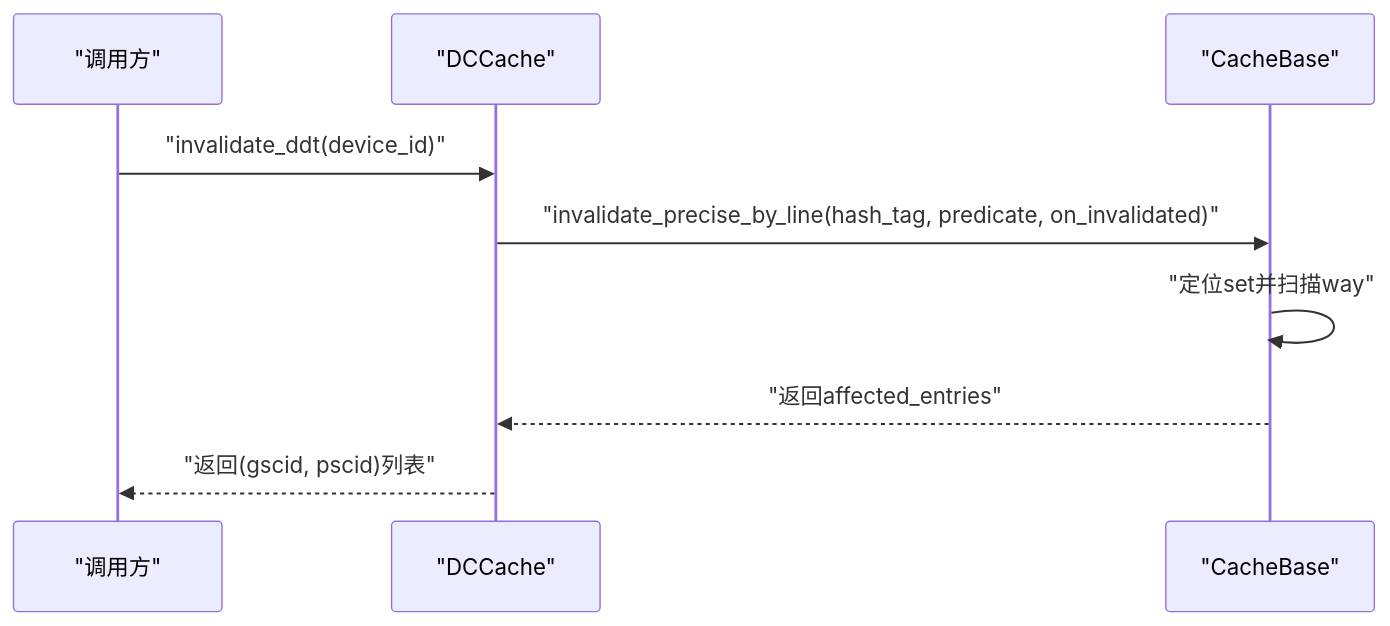
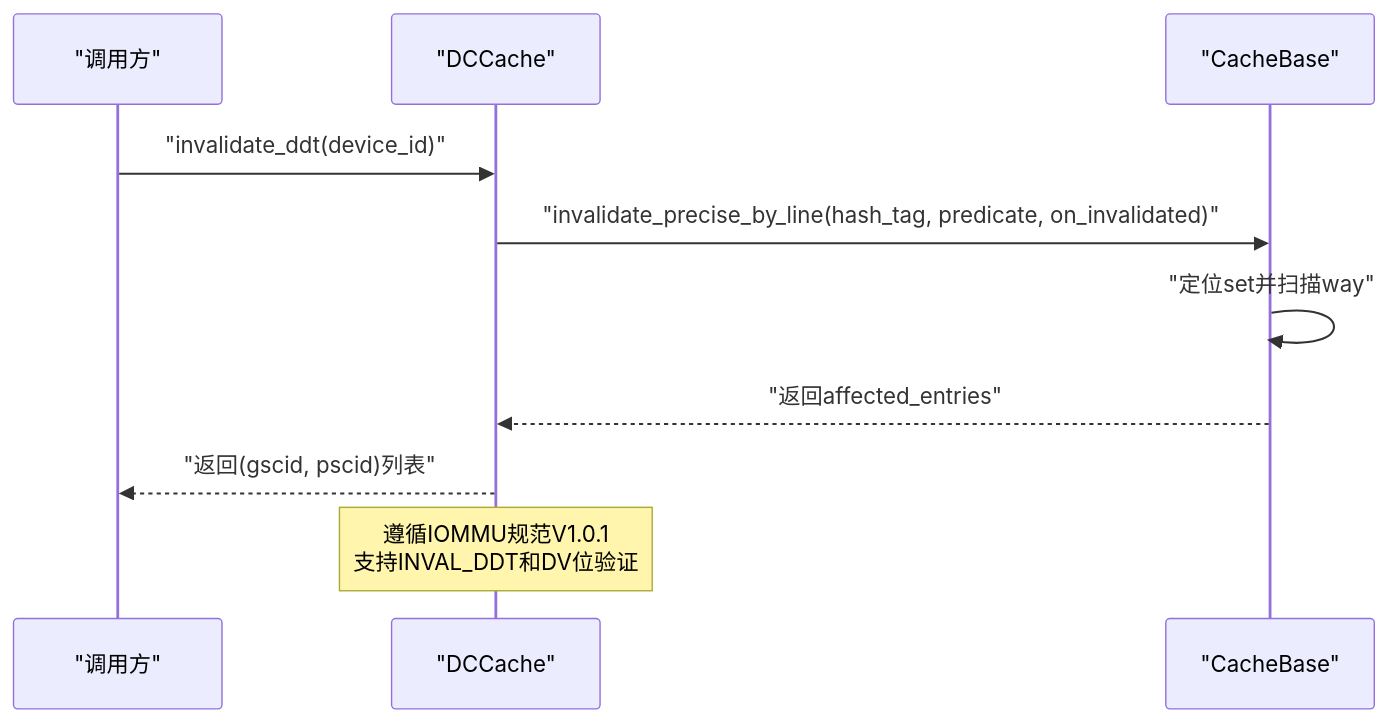
Before and after one commit to jiangjiang1122/iommu_model_20260401_v1: the sixth of 8 diagrams in .qoder/repowiki/zh/content/缓存系统/DC缓存（设备上下文缓存）.md, drawn with Mermaid. The commit also changed other lines of this file and 186 other files, not shown here.

````diff
--- a/.qoder/repowiki/zh/content/缓存系统/DC缓存（设备上下文缓存）.md
+++ b/.qoder/repowiki/zh/content/缓存系统/DC缓存（设备上下文缓存）.md
@@ -238,11 +251,12 @@
 ```mermaid
 sequenceDiagram
 participant Caller as "调用方"
 participant DCCache as "DCCache"
 participant Base as "CacheBase"
 Caller->>DCCache : "invalidate_ddt(device_id)"
 DCCache->>Base : "invalidate_precise_by_line(hash_tag, predicate, on_invalidated)"
 Base->>Base : "定位set并扫描way"
 Base-->>DCCache : "返回affected_entries"
 DCCache-->>Caller : "返回(gscid, pscid)列表"
+Note over DCCache : 遵循IOMMU规范V1.0.1<br/>支持INVAL_DDT和DV位验证
 ```
````
